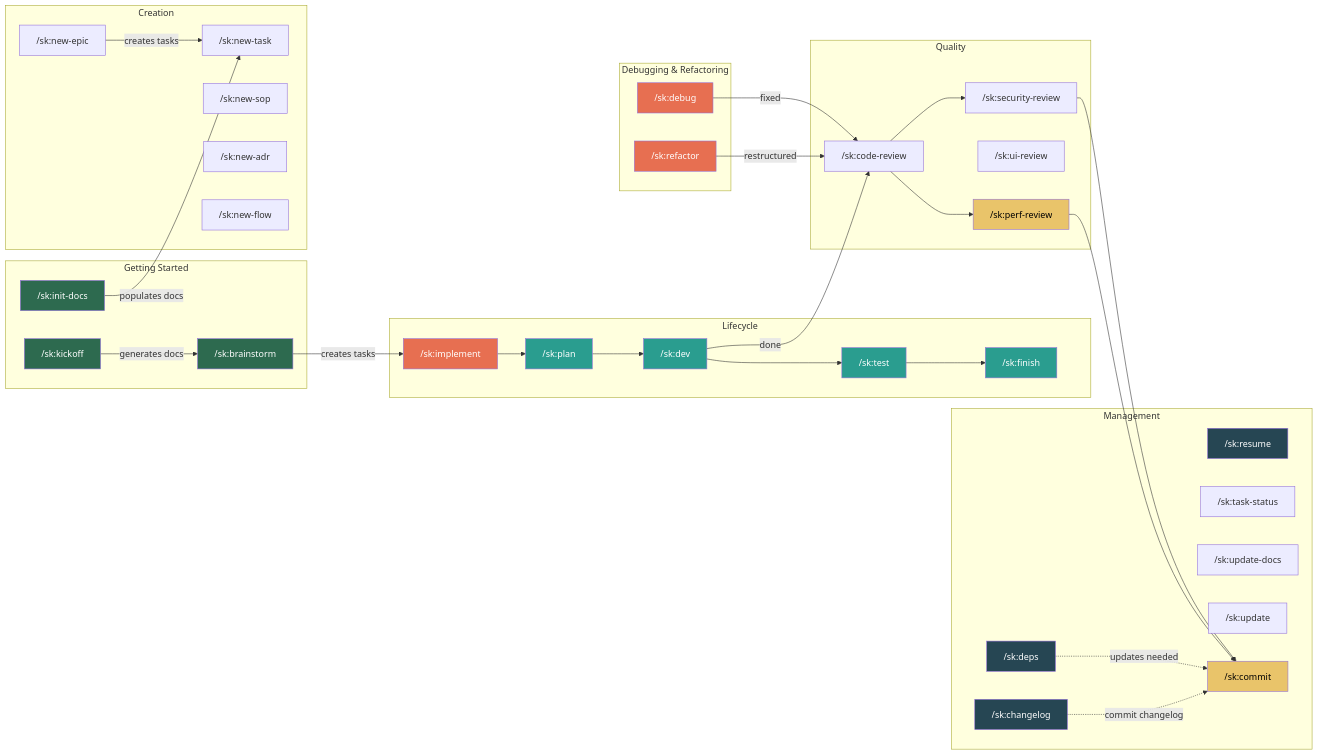
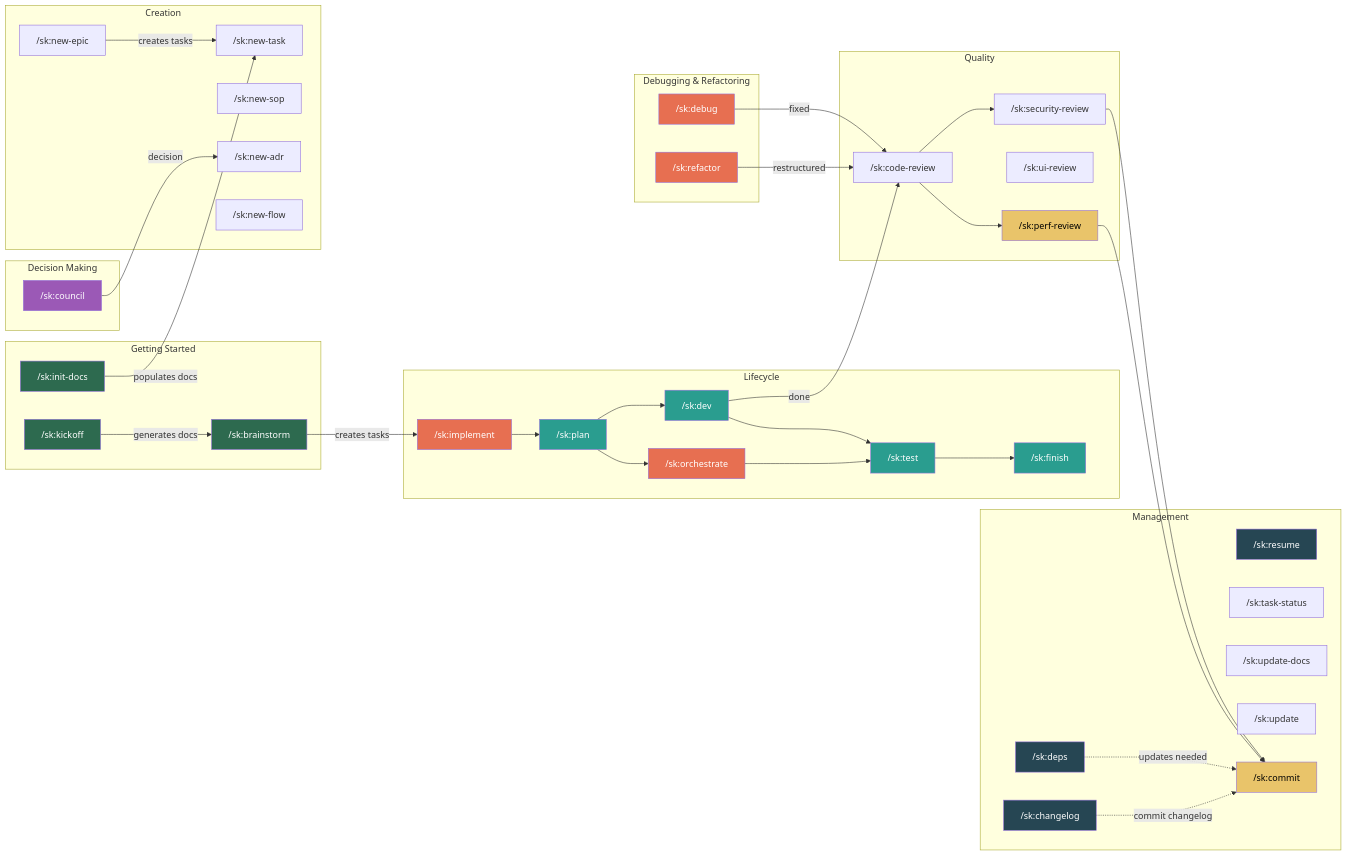
One commit to moniav/sk changed the fifth of 5 diagrams in Readme.md. Above: the diagram before and after it, drawn with Mermaid. The commit also changed other lines of this file and 35 other files, not shown here.

First line of the commit message:
feat: add /sk:orchestrate, /sk:council, technical-diagrams skill, and full docs update

```diff
--- a/Readme.md
+++ b/Readme.md
@@ -275,6 +275,7 @@
         plan["/sk:plan"]
         dev["/sk:dev"]
         test["/sk:test"]
+        orchestrate["/sk:orchestrate"]
         finish["/sk:finish"]
     end
 
@@ -291,6 +292,10 @@
         secreview["/sk:security-review"]
         uireview["/sk:ui-review"]
         perfreview["/sk:perf-review"]
+    end
+
+    subgraph "Decision Making"
+        council["/sk:council"]
     end
 
     subgraph "Debugging & Refactoring"
@@ -314,7 +319,9 @@
 
     implement --> plan
     plan --> dev
+    plan --> orchestrate
     dev --> test
+    orchestrate --> test
     test --> finish
 
     newepic -->|"creates tasks"| newtask
@@ -325,6 +332,7 @@
     secreview --> commit
     perfreview --> commit
 
+    council -->|"decision"| newadr
     debug -->|"fixed"| codereview
     refactor -->|"restructured"| codereview
 
@@ -338,6 +346,8 @@
     style plan fill:#2a9d8f,color:#fff
     style dev fill:#2a9d8f,color:#fff
     style test fill:#2a9d8f,color:#fff
+    style orchestrate fill:#e76f51,color:#fff
+    style council fill:#9b59b6,color:#fff
     style finish fill:#2a9d8f,color:#fff
     style perfreview fill:#e9c46a,color:#000
     style debug fill:#e76f51,color:#fff
```
